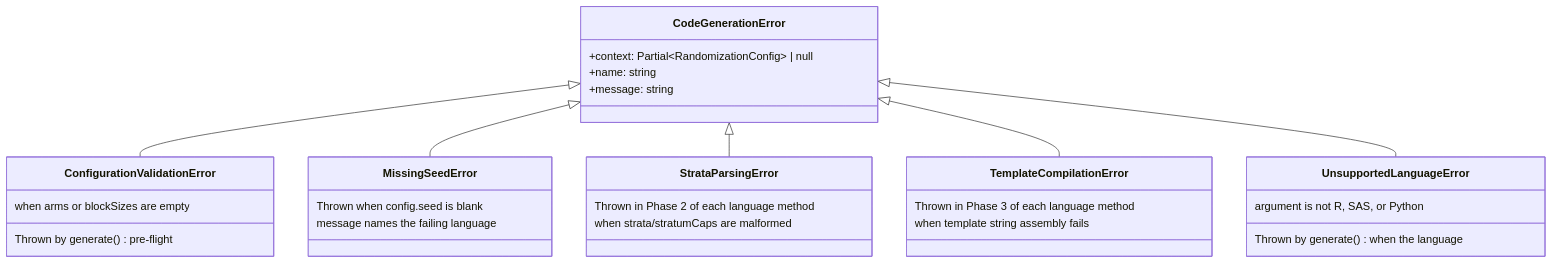
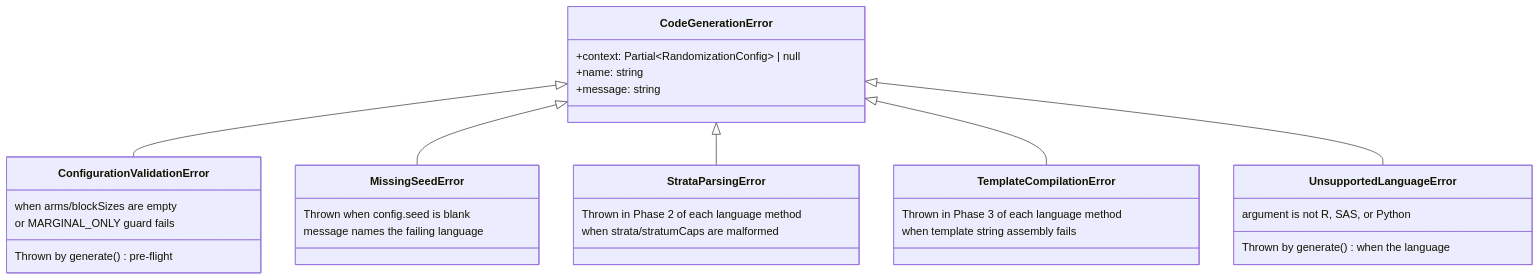
Diagram 14 of 17 in docs/ARCHITECTURE.md (fderuiter/Equipose), drawn with Mermaid before and after one commit. The commit also changed other lines of this file and 5 other files, not shown here.

First line of the commit message:
fix: review 4084891193 — ARIA radiogroup, label for/id, globalCap validators, validateMarginalOnly guard, NaN validation, name-based levelDetails lookup + ARCHITECTURE.md update

````diff
--- a/docs/ARCHITECTURE.md
+++ b/docs/ARCHITECTURE.md
@@ -742,33 +987,34 @@
 ```mermaid
 classDiagram
     class CodeGenerationError {
         +context: Partial~RandomizationConfig~ | null
         +name: string
         +message: string
     }
     class ConfigurationValidationError {
         Thrown by generate() pre-flight
-        when arms or blockSizes are empty
+        when arms/blockSizes are empty
+        or MARGINAL_ONLY guard fails
     }
     class MissingSeedError {
         Thrown when config.seed is blank
         message names the failing language
     }
     class StrataParsingError {
         Thrown in Phase 2 of each language method
         when strata/stratumCaps are malformed
     }
     class TemplateCompilationError {
         Thrown in Phase 3 of each language method
         when template string assembly fails
     }
     class UnsupportedLanguageError {
         Thrown by generate() when the language
         argument is not R, SAS, or Python
     }
     CodeGenerationError <|-- ConfigurationValidationError
     CodeGenerationError <|-- MissingSeedError
     CodeGenerationError <|-- StrataParsingError
     CodeGenerationError <|-- TemplateCompilationError
     CodeGenerationError <|-- UnsupportedLanguageError
 ```
````
